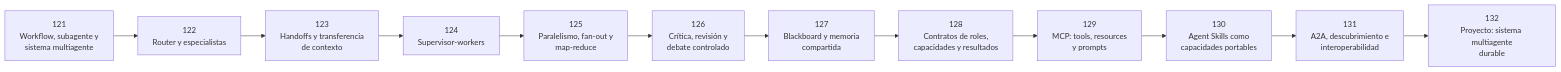
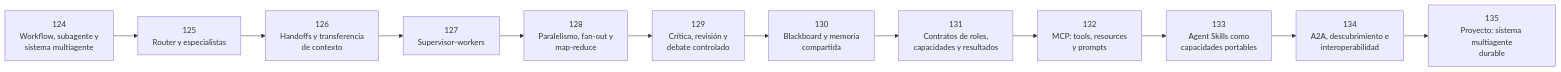
The diagram in classes/part-10-multi-agent-systems-and-interoperability/README.md (vladimiracunadev-create/artificial-intelligence-evolution-program), drawn with Mermaid before and after one commit. The commit also changed other lines of this file and 1522 other files, not shown here.

````diff
--- a/classes/part-10-multi-agent-systems-and-interoperability/README.md
+++ b/classes/part-10-multi-agent-systems-and-interoperability/README.md
@@ -11,26 +11,26 @@
 ```mermaid
 flowchart LR
-    L121["121<br/>Workflow, subagente y<br/>sistema multiagente"]
-    L122["122<br/>Router y especialistas"]
-    L123["123<br/>Handoffs y transferencia<br/>de contexto"]
-    L124["124<br/>Supervisor-workers"]
-    L125["125<br/>Paralelismo, fan-out y<br/>map-reduce"]
-    L126["126<br/>Crítica, revisión y<br/>debate controlado"]
-    L127["127<br/>Blackboard y memoria<br/>compartida"]
-    L128["128<br/>Contratos de roles,<br/>capacidades y resultados"]
-    L129["129<br/>MCP: tools, resources<br/>y prompts"]
-    L130["130<br/>Agent Skills como<br/>capacidades portables"]
-    L131["131<br/>A2A, descubrimiento e<br/>interoperabilidad"]
-    L132["132<br/>Proyecto: sistema multiagente<br/>durable"]
-    L121 --> L122
-    L122 --> L123
-    L123 --> L124
+    L124["124<br/>Workflow, subagente y<br/>sistema multiagente"]
+    L125["125<br/>Router y especialistas"]
+    L126["126<br/>Handoffs y transferencia<br/>de contexto"]
+    L127["127<br/>Supervisor-workers"]
+    L128["128<br/>Paralelismo, fan-out y<br/>map-reduce"]
+    L129["129<br/>Crítica, revisión y<br/>debate controlado"]
+    L130["130<br/>Blackboard y memoria<br/>compartida"]
+    L131["131<br/>Contratos de roles,<br/>capacidades y resultados"]
+    L132["132<br/>MCP: tools, resources<br/>y prompts"]
+    L133["133<br/>Agent Skills como<br/>capacidades portables"]
+    L134["134<br/>A2A, descubrimiento e<br/>interoperabilidad"]
+    L135["135<br/>Proyecto: sistema multiagente<br/>durable"]
     L124 --> L125
     L125 --> L126
     L126 --> L127
     L127 --> L128
     L128 --> L129
     L129 --> L130
     L130 --> L131
     L131 --> L132
+    L132 --> L133
+    L133 --> L134
+    L134 --> L135
 ```
````
